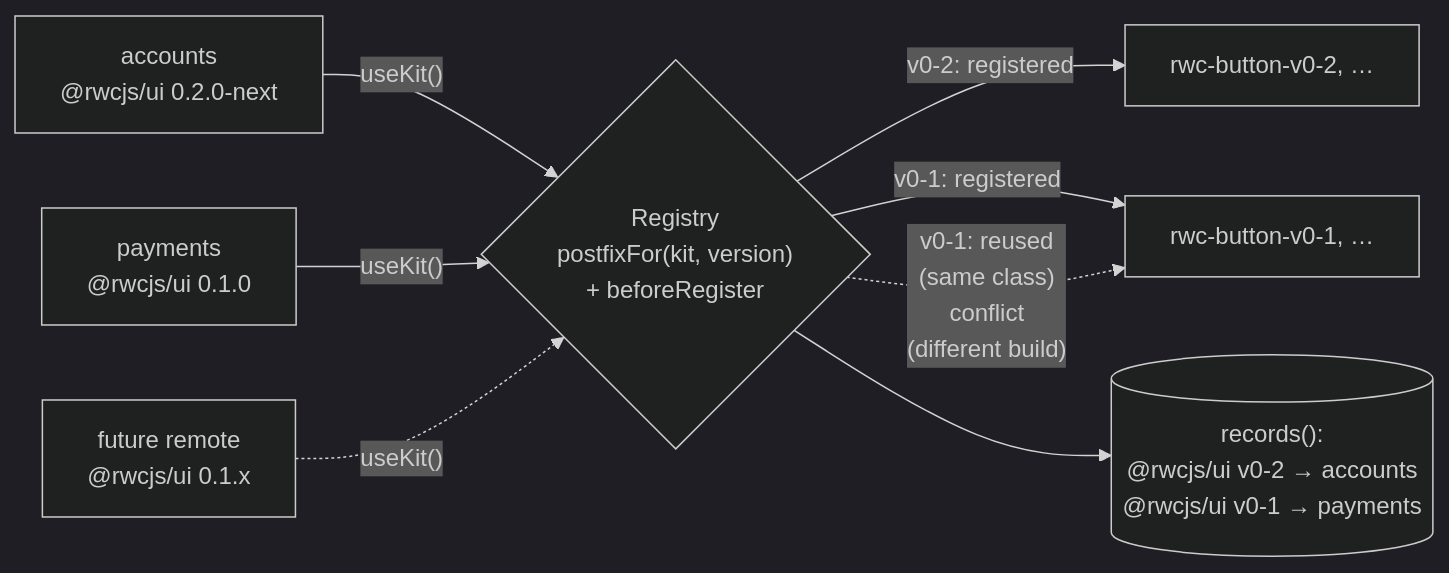
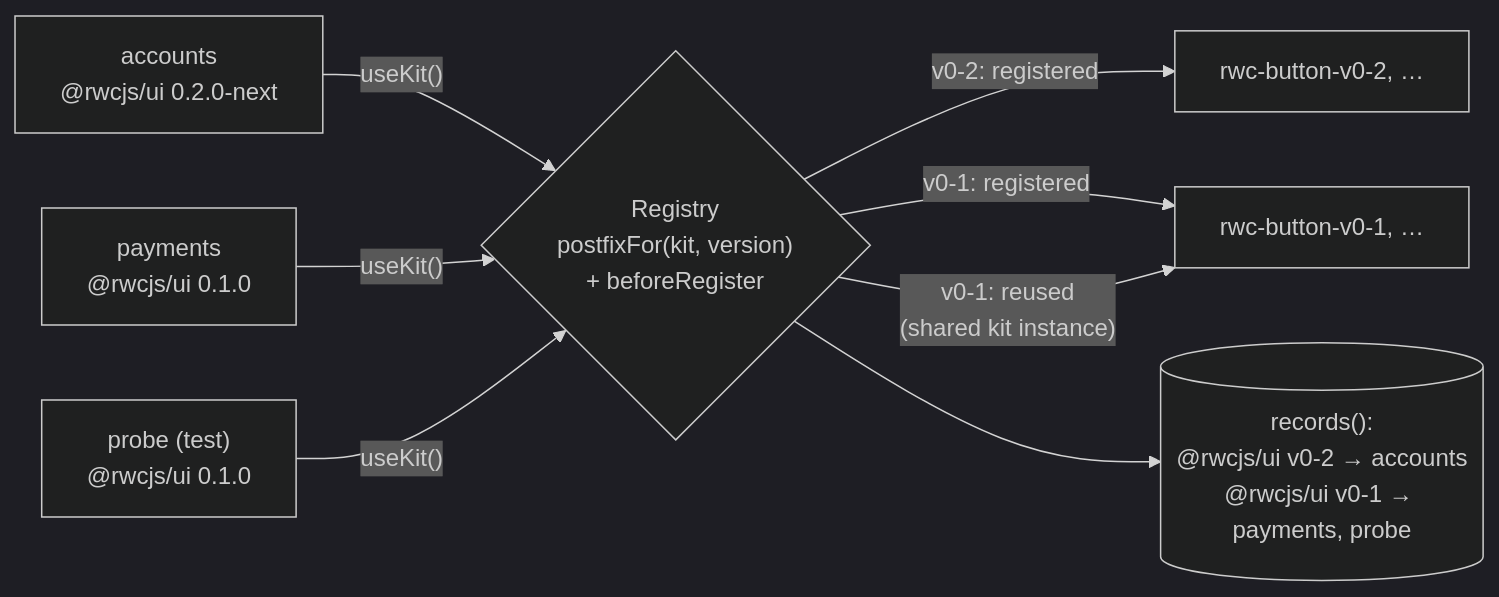
One commit to tamazyanarsen/mfe-platform changed the seventh of 9 diagrams in docs/en/architecture.md. Above: the diagram before and after it, drawn with Mermaid (dark theme). The commit also changed other lines of this file and 5 other files, not shown here.

````diff
--- a/docs/en/architecture.md
+++ b/docs/en/architecture.md
@@ -284,14 +289,14 @@
 ```mermaid
 flowchart LR
   A["accounts<br/>@rwcjs/ui 0.2.0-next"] -- "useKit()" --> R
   P["payments<br/>@rwcjs/ui 0.1.0"] -- "useKit()" --> R
-  X["future remote<br/>@rwcjs/ui 0.1.x"] -. "useKit()" .-> R
+  X["probe (test)<br/>@rwcjs/ui 0.1.0"] -- "useKit()" --> R
 
   R{"Registry<br/>postfixFor(kit, version)<br/>+ beforeRegister"}
 
   R -- "v0-2: registered" --> T2["rwc-button-v0-2, …"]
   R -- "v0-1: registered" --> T1["rwc-button-v0-1, …"]
-  R -. "v0-1: reused<br/>(same class)<br/>conflict<br/>(different build)" .-> T1
+  R -- "v0-1: reused<br/>(shared kit instance)" --> T1
 
-  R --> rec[("records():<br/>@rwcjs/ui v0-2 → accounts<br/>@rwcjs/ui v0-1 → payments")]
+  R --> rec[("records():<br/>@rwcjs/ui v0-2 → accounts<br/>@rwcjs/ui v0-1 → payments, probe")]
 ```
````
